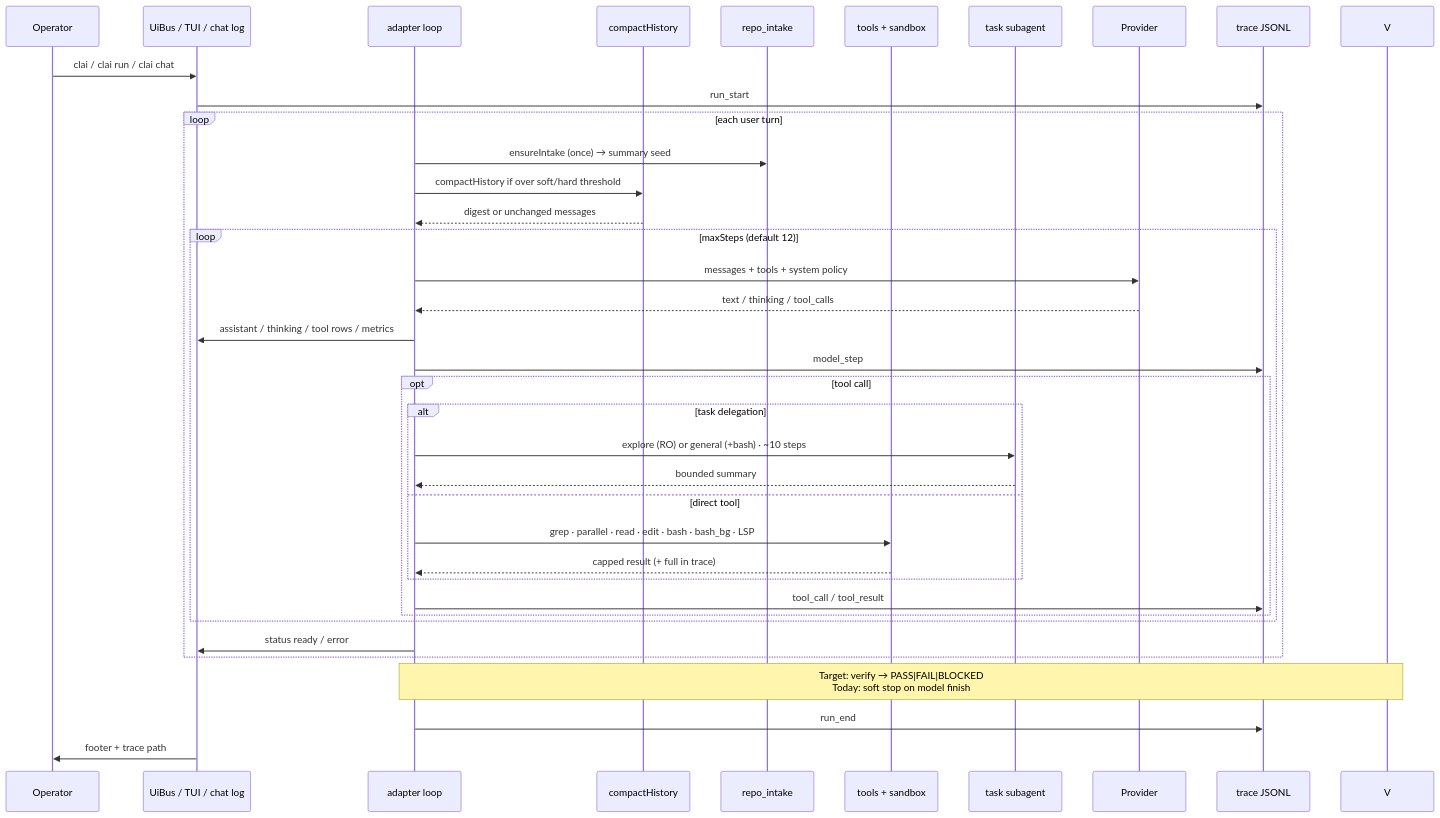
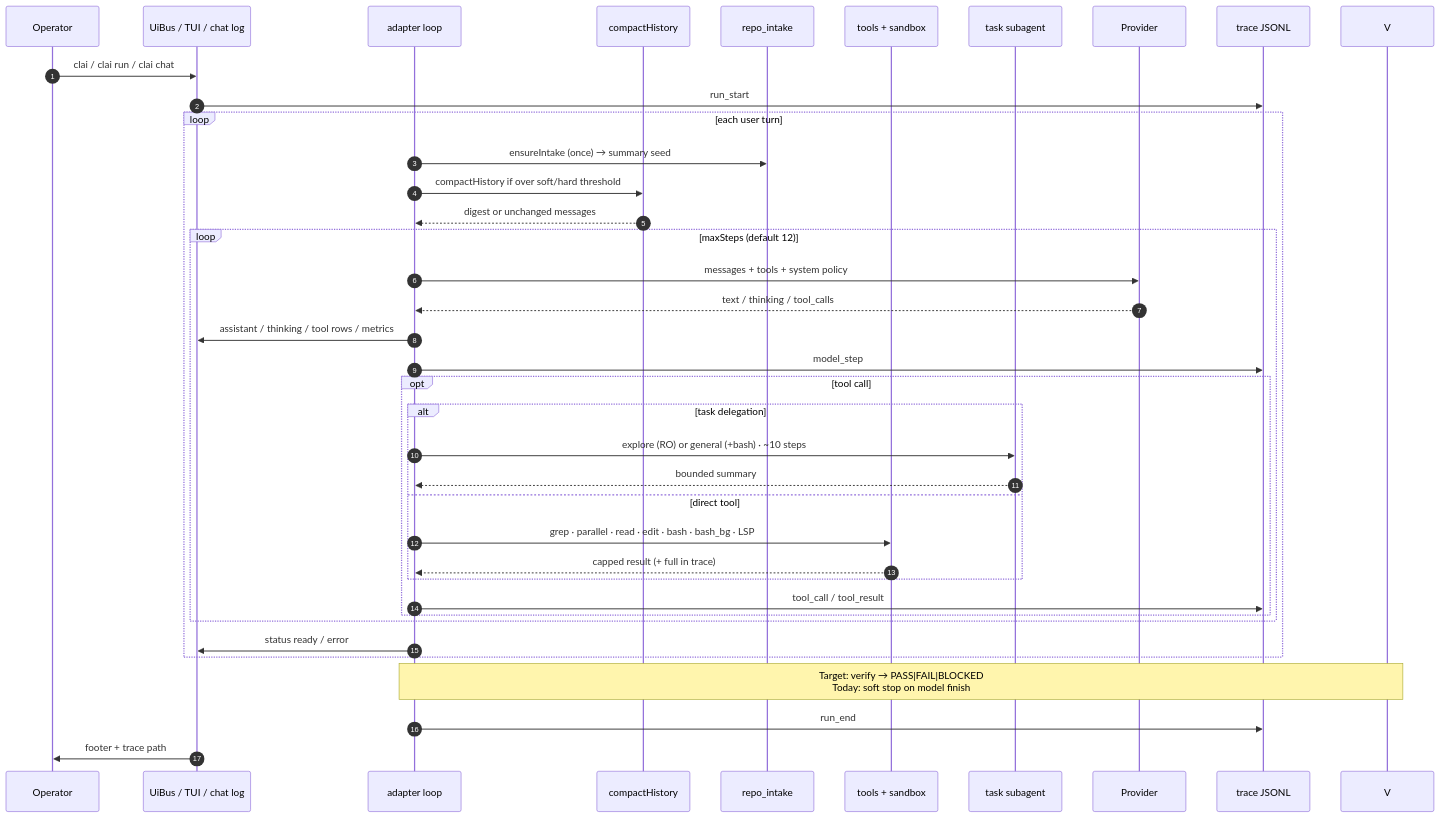
The seventh of 19 diagrams in docs/ARCHITECTURE.md (rajofearth/CodeRush2.0_TeamKnull), drawn with Mermaid before and after one commit. The commit also changed other lines of this file and 3 other files, not shown here.

First line of the commit message:
docs: update ARCHITECTURE.md with comprehensive harness flow and enhanced content structure

````diff
--- a/docs/ARCHITECTURE.md
+++ b/docs/ARCHITECTURE.md
@@ -198,40 +459,41 @@
 ```mermaid
 sequenceDiagram
+  autonumber
   participant U as Operator
   participant UI as UiBus / TUI / chat log
   participant A as adapter loop
   participant C as compactHistory
   participant I as repo_intake
   participant T as tools + sandbox
   participant S as task subagent
   participant LLM as Provider
   participant TR as trace JSONL
 
   U->>UI: clai / clai run / clai chat
   UI->>TR: run_start
   loop each user turn
     A->>I: ensureIntake (once) → summary seed
     A->>C: compactHistory if over soft/hard threshold
     C-->>A: digest or unchanged messages
     loop maxSteps (default 12)
       A->>LLM: messages + tools + system policy
       LLM-->>A: text / thinking / tool_calls
       A->>UI: assistant / thinking / tool rows / metrics
       A->>TR: model_step
       opt tool call
         alt task delegation
           A->>S: explore (RO) or general (+bash) · ~10 steps
           S-->>A: bounded summary
         else direct tool
           A->>T: grep · parallel · read · edit · bash · bash_bg · LSP
           T-->>A: capped result (+ full in trace)
         end
         A->>TR: tool_call / tool_result
       end
     end
     A->>UI: status ready / error
   end
   Note over A,V: Target: verify → PASS|FAIL|BLOCKED<br/>Today: soft stop on model finish
   A->>TR: run_end
   UI->>U: footer + trace path
 ```
````
